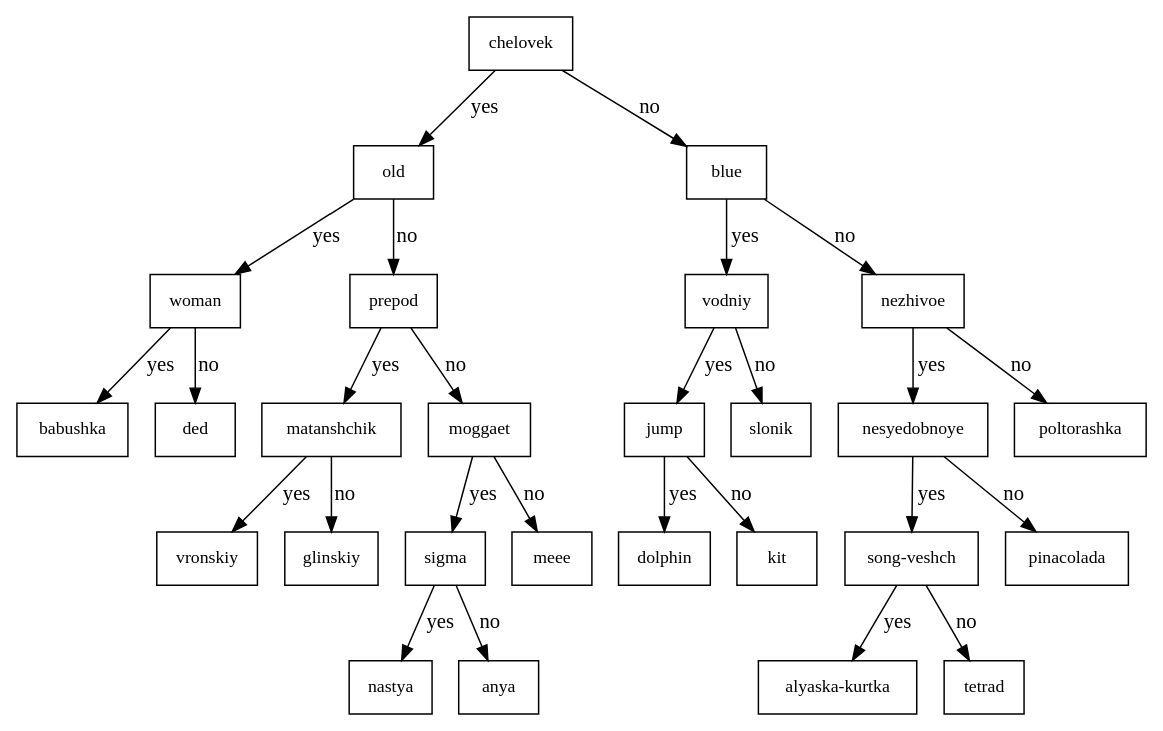
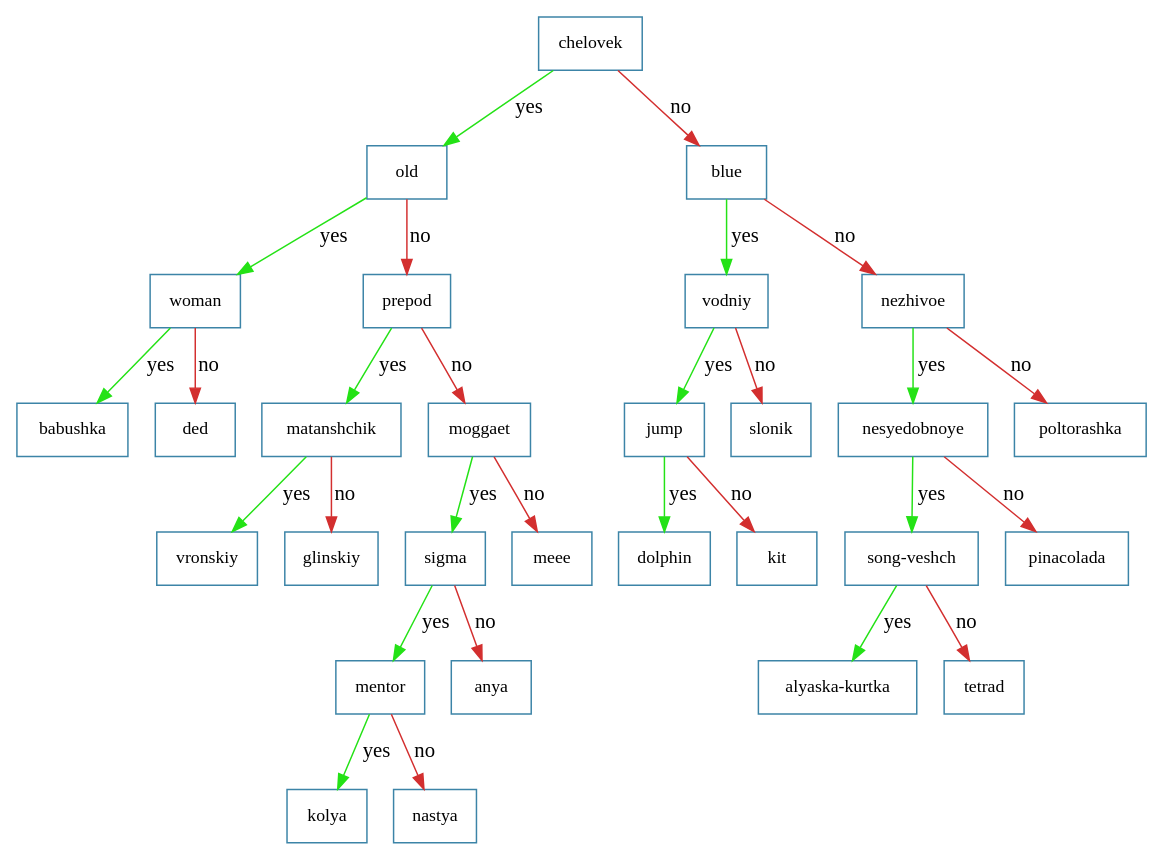
The diagram in akinator.dot (molushkax/akinator), drawn with Graphviz before and after one commit. The commit also changed 4 other files, not shown here.

```diff
--- a/akinator.dot
+++ b/akinator.dot
@@ -1,56 +1,60 @@
 digraph Tree {
     node [shape=box, fontsize=12];
-    graph [overlap=false, splines=true];    n0 [label="chelovek"];
-    n0 -> n1 [label="yes"];
-    n1 [label="old"];
-    n1 -> n2 [label="yes"];
-    n2 [label="woman"];
-    n2 -> n3 [label="yes"];
-    n3 [label="babushka"];
-    n2 -> n4 [label="no"];
-    n4 [label="ded"];
-    n1 -> n5 [label="no"];
-    n5 [label="prepod"];
-    n5 -> n6 [label="yes"];
-    n6 [label="matanshchik"];
-    n6 -> n7 [label="yes"];
-    n7 [label="vronskiy"];
-    n6 -> n8 [label="no"];
-    n8 [label="glinskiy"];
-    n5 -> n9 [label="no"];
-    n9 [label="moggaet"];
-    n9 -> n10 [label="yes"];
-    n10 [label="sigma"];
-    n10 -> n11 [label="yes"];
-    n11 [label="nastya"];
-    n10 -> n12 [label="no"];
-    n12 [label="anya"];
-    n9 -> n13 [label="no"];
-    n13 [label="meee"];
-    n0 -> n14 [label="no"];
-    n14 [label="blue"];
-    n14 -> n15 [label="yes"];
-    n15 [label="vodniy"];
-    n15 -> n16 [label="yes"];
-    n16 [label="jump"];
-    n16 -> n17 [label="yes"];
-    n17 [label="dolphin"];
-    n16 -> n18 [label="no"];
-    n18 [label="kit"];
-    n15 -> n19 [label="no"];
-    n19 [label="slonik"];
-    n14 -> n20 [label="no"];
-    n20 [label="nezhivoe"];
-    n20 -> n21 [label="yes"];
-    n21 [label="nesyedobnoye"];
-    n21 -> n22 [label="yes"];
-    n22 [label="song-veshch"];
-    n22 -> n23 [label="yes"];
-    n23 [label="alyaska-kurtka"];
-    n22 -> n24 [label="no"];
-    n24 [label="tetrad"];
-    n21 -> n25 [label="no"];
-    n25 [label="pinacolada"];
-    n20 -> n26 [label="no"];
-    n26 [label="poltorashka"];
+    graph [overlap=false, splines=true];    n0 [label="chelovek", color="#3c84a7"];
+    n0 -> n1 [label="yes", color="#24e216"];
+    n1 [label="old", color="#3c84a7"];
+    n1 -> n2 [label="yes", color="#24e216"];
+    n2 [label="woman", color="#3c84a7"];
+    n2 -> n3 [label="yes", color="#24e216"];
+    n3 [label="babushka", color="#3c84a7"];
+    n2 -> n4 [label="no", color="#D32F2F"];
+    n4 [label="ded", color="#3c84a7"];
+    n1 -> n5 [label="no", color="#D32F2F"];
+    n5 [label="prepod", color="#3c84a7"];
+    n5 -> n6 [label="yes", color="#24e216"];
+    n6 [label="matanshchik", color="#3c84a7"];
+    n6 -> n7 [label="yes", color="#24e216"];
+    n7 [label="vronskiy", color="#3c84a7"];
+    n6 -> n8 [label="no", color="#D32F2F"];
+    n8 [label="glinskiy", color="#3c84a7"];
+    n5 -> n9 [label="no", color="#D32F2F"];
+    n9 [label="moggaet", color="#3c84a7"];
+    n9 -> n10 [label="yes", color="#24e216"];
+    n10 [label="sigma", color="#3c84a7"];
+    n10 -> n11 [label="yes", color="#24e216"];
+    n11 [label="mentor", color="#3c84a7"];
+    n11 -> n12 [label="yes", color="#24e216"];
+    n12 [label="kolya", color="#3c84a7"];
+    n11 -> n13 [label="no", color="#D32F2F"];
+    n13 [label="nastya", color="#3c84a7"];
+    n10 -> n14 [label="no", color="#D32F2F"];
+    n14 [label="anya", color="#3c84a7"];
+    n9 -> n15 [label="no", color="#D32F2F"];
+    n15 [label="meee", color="#3c84a7"];
+    n0 -> n16 [label="no", color="#D32F2F"];
+    n16 [label="blue", color="#3c84a7"];
+    n16 -> n17 [label="yes", color="#24e216"];
+    n17 [label="vodniy", color="#3c84a7"];
+    n17 -> n18 [label="yes", color="#24e216"];
+    n18 [label="jump", color="#3c84a7"];
+    n18 -> n19 [label="yes", color="#24e216"];
+    n19 [label="dolphin", color="#3c84a7"];
+    n18 -> n20 [label="no", color="#D32F2F"];
+    n20 [label="kit", color="#3c84a7"];
+    n17 -> n21 [label="no", color="#D32F2F"];
+    n21 [label="slonik", color="#3c84a7"];
+    n16 -> n22 [label="no", color="#D32F2F"];
+    n22 [label="nezhivoe", color="#3c84a7"];
+    n22 -> n23 [label="yes", color="#24e216"];
+    n23 [label="nesyedobnoye", color="#3c84a7"];
+    n23 -> n24 [label="yes", color="#24e216"];
+    n24 [label="song-veshch", color="#3c84a7"];
+    n24 -> n25 [label="yes", color="#24e216"];
+    n25 [label="alyaska-kurtka", color="#3c84a7"];
+    n24 -> n26 [label="no", color="#D32F2F"];
+    n26 [label="tetrad", color="#3c84a7"];
+    n23 -> n27 [label="no", color="#D32F2F"];
+    n27 [label="pinacolada", color="#3c84a7"];
+    n22 -> n28 [label="no", color="#D32F2F"];
+    n28 [label="poltorashka", color="#3c84a7"];
 }
```
